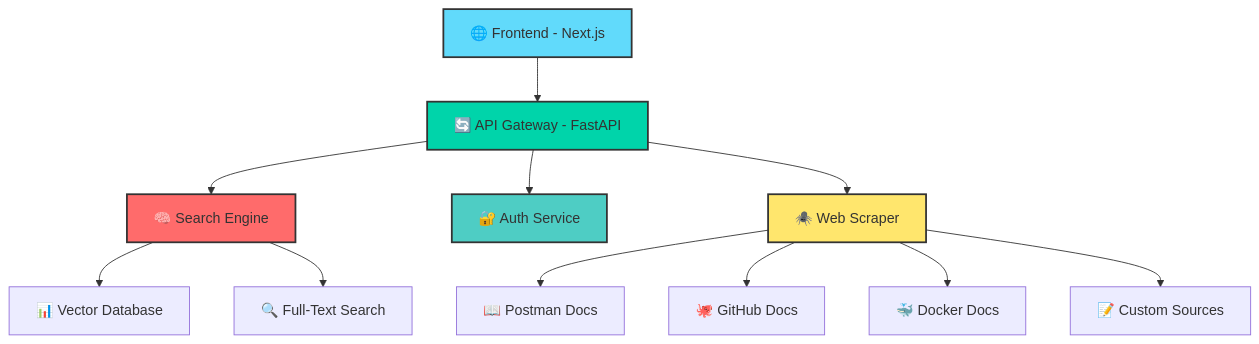
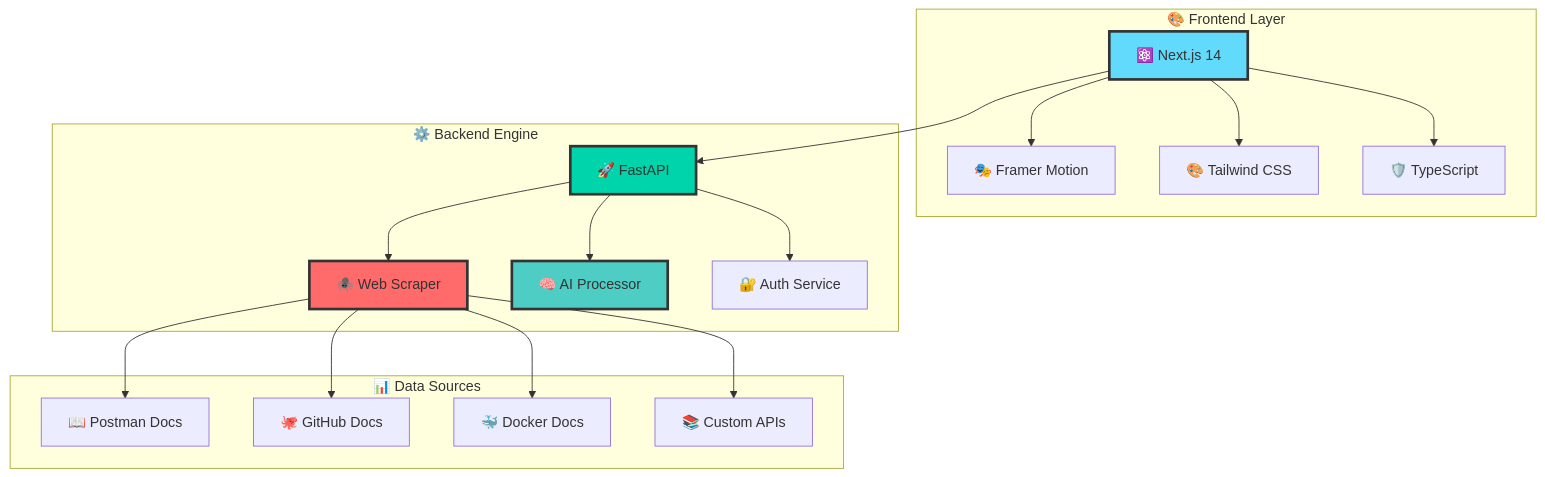
One commit to vaibhav-nagre/IntelliSearch changed the diagram in README.md. Above: the diagram before and after it, drawn with Mermaid. The commit also changed other lines of this file, not shown here.

````diff
--- a/README.md
+++ b/README.md
@@ -259,21 +48,32 @@
 ```mermaid
 graph TB
-    A[🌐 Frontend - Next.js] --> B[🔄 API Gateway - FastAPI]
-    B --> C[🧠 Search Engine]
-    B --> D[🔐 Auth Service]
-    B --> E[🕷️ Web Scraper]
+    subgraph "🎨 Frontend Layer"
+        A[⚛️ Next.js 14] --> B[🎭 Framer Motion]
+        A --> C[🎨 Tailwind CSS]
+        A --> D[🛡️ TypeScript]
+    end
     
-    C --> F[📊 Vector Database]
-    C --> G[🔍 Full-Text Search]
+    subgraph "⚙️ Backend Engine"
+        E[🚀 FastAPI] --> F[🕷️ Web Scraper]
+        E --> G[🧠 AI Processor]
+        E --> H[🔐 Auth Service]
+    end
     
-    E --> H[📖 Postman Docs]
-    E --> I[🐙 GitHub Docs]
-    E --> J[🐳 Docker Docs]
-    E --> K[📝 Custom Sources]
+    subgraph "📊 Data Sources"
+        I[📖 Postman Docs]
+        J[🐙 GitHub Docs]
+        K[🐳 Docker Docs]
+        L[📚 Custom APIs]
+    end
     
-    style A fill:#61dafb,stroke:#333,stroke-width:2px
-    style B fill:#00d4aa,stroke:#333,stroke-width:2px
-    style C fill:#ff6b6b,stroke:#333,stroke-width:2px
-    style D fill:#4ecdc4,stroke:#333,stroke-width:2px
-    style E fill:#ffe66d,stroke:#333,stroke-width:2px
+    A --> E
+    F --> I
+    F --> J
+    F --> K
+    F --> L
+    
+    style A fill:#61dafb,stroke:#333,stroke-width:3px
+    style E fill:#00d4aa,stroke:#333,stroke-width:3px
+    style F fill:#ff6b6b,stroke:#333,stroke-width:3px
+    style G fill:#4ecdc4,stroke:#333,stroke-width:3px
 ```
````
